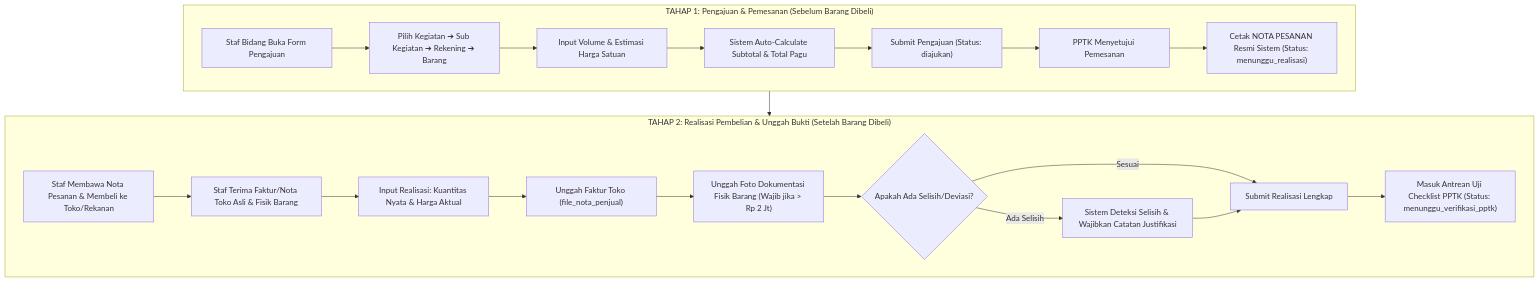
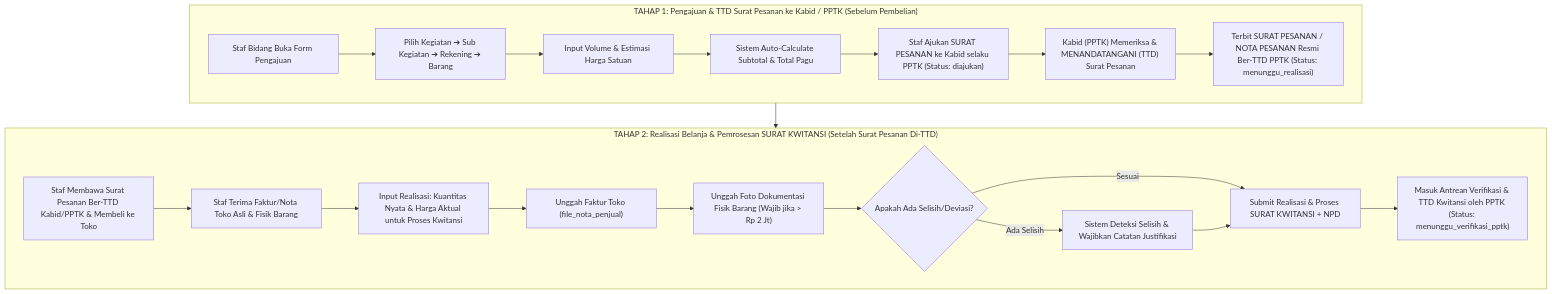
One commit to doniaries/sakti changed the first of 2 diagrams in AGENTS.md. Above: the diagram before and after it, drawn with Mermaid. The commit also changed other lines of this file and 6 other files, not shown here.

Commit message:
feat(spj): pertegas alur ttd surat pesanan oleh kabid/pptk sebelum proses surat kwitansi di agents.md dan aplikasi

````diff
--- a/AGENTS.md
+++ b/AGENTS.md
@@ -396,25 +396,25 @@
 ```mermaid
 flowchart TD
-    subgraph TAHAP1["TAHAP 1: Pengajuan & Pemesanan (Sebelum Barang Dibeli)"]
+    subgraph TAHAP1["TAHAP 1: Pengajuan & TTD Surat Pesanan ke Kabid / PPTK (Sebelum Pembelian)"]
         A1["Staf Bidang Buka Form Pengajuan"] --> A2["Pilih Kegiatan ➔ Sub Kegiatan ➔ Rekening ➔ Barang"]
         A2 --> A3["Input Volume & Estimasi Harga Satuan"]
         A3 --> A4["Sistem Auto-Calculate Subtotal & Total Pagu"]
-        A4 --> A5["Submit Pengajuan (Status: diajukan)"]
-        A5 --> A6["PPTK Menyetujui Pemesanan"]
-        A6 --> A7["Cetak NOTA PESANAN Resmi Sistem (Status: menunggu_realisasi)"]
+        A4 --> A5["Staf Ajukan SURAT PESANAN ke Kabid selaku PPTK (Status: diajukan)"]
+        A5 --> A6["Kabid (PPTK) Memeriksa & MENANDATANGANI (TTD) Surat Pesanan"]
+        A6 --> A7["Terbit SURAT PESANAN / NOTA PESANAN Resmi Ber-TTD PPTK (Status: menunggu_realisasi)"]
     end
 
-    subgraph TAHAP2["TAHAP 2: Realisasi Pembelian & Unggah Bukti (Setelah Barang Dibeli)"]
-        B1["Staf Membawa Nota Pesanan & Membeli ke Toko/Rekanan"] --> B2["Staf Terima Faktur/Nota Toko Asli & Fisik Barang"]
-        B2 --> B3["Input Realisasi: Kuantitas Nyata & Harga Aktual"]
+    subgraph TAHAP2["TAHAP 2: Realisasi Belanja & Pemrosesan SURAT KWITANSI (Setelah Surat Pesanan Di-TTD)"]
+        B1["Staf Membawa Surat Pesanan Ber-TTD Kabid/PPTK & Membeli ke Toko"] --> B2["Staf Terima Faktur/Nota Toko Asli & Fisik Barang"]
+        B2 --> B3["Input Realisasi: Kuantitas Nyata & Harga Aktual untuk Proses Kwitansi"]
         B3 --> B4["Unggah Faktur Toko (file_nota_penjual)"]
         B4 --> B5["Unggah Foto Dokumentasi Fisik Barang (Wajib jika > Rp 2 Jt)"]
         B5 --> B6{"Apakah Ada Selisih/Deviasi?"}
         B6 -- "Ada Selisih" --> B7["Sistem Deteksi Selisih & Wajibkan Catatan Justifikasi"]
-        B6 -- "Sesuai" --> B8["Submit Realisasi Lengkap"]
+        B6 -- "Sesuai" --> B8["Submit Realisasi & Proses SURAT KWITANSI + NPD"]
         B7 --> B8
-        B8 --> B9["Masuk Antrean Uji Checklist PPTK (Status: menunggu_verifikasi_pptk)"]
+        B8 --> B9["Masuk Antrean Verifikasi & TTD Kwitansi oleh PPTK (Status: menunggu_verifikasi_pptk)"]
     end
 
     TAHAP1 --> TAHAP2
 ```
````
